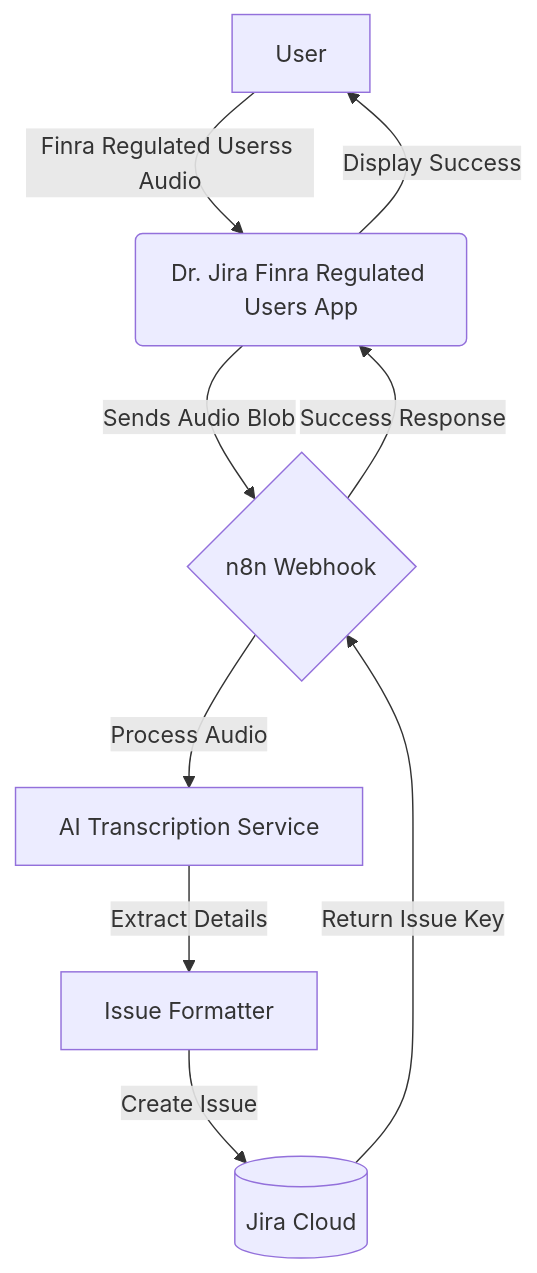
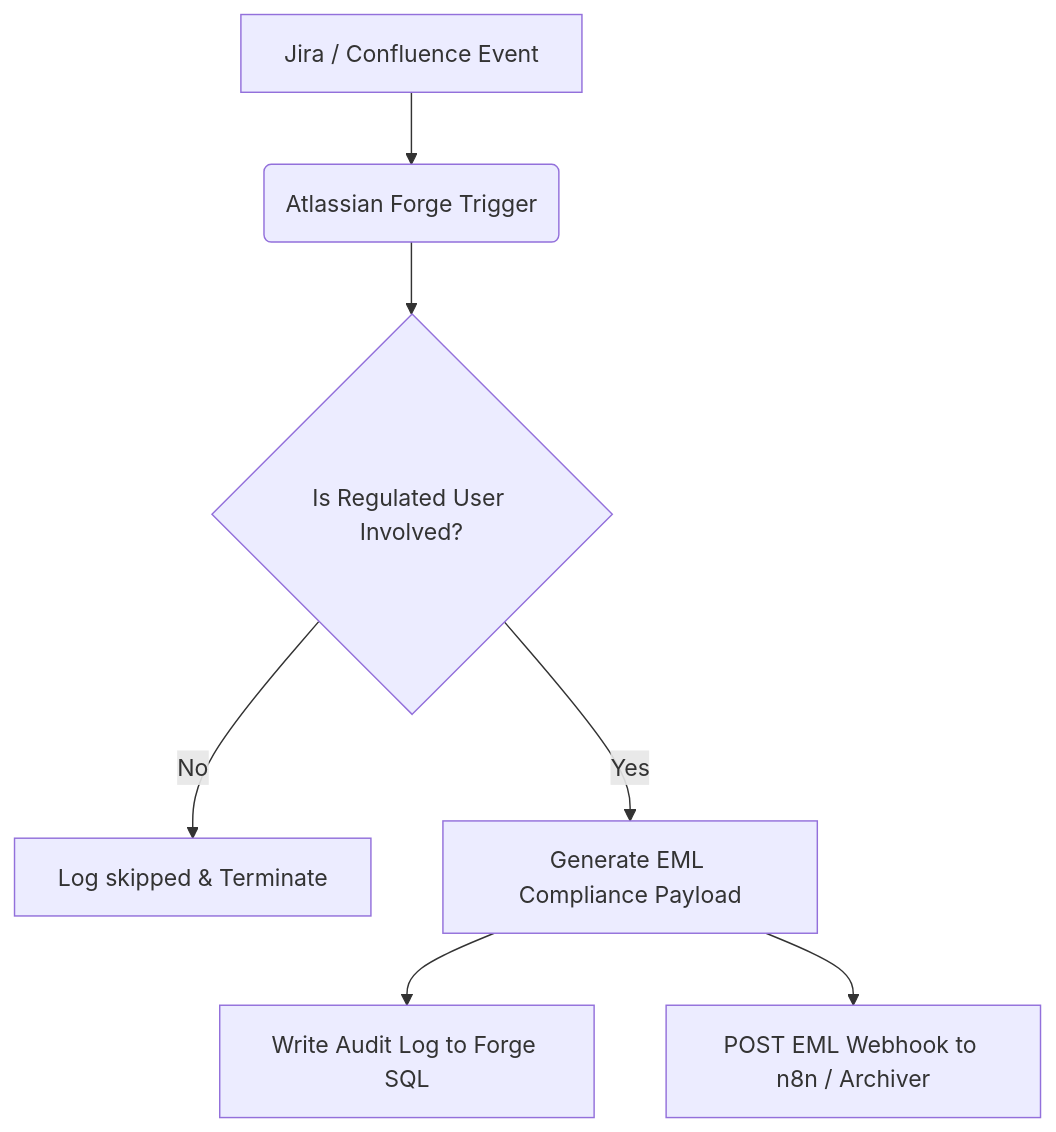
The diagram in README.md (jabrealmoe/finra-regulated-user-tracker), drawn with Mermaid before and after one commit. The commit also changed other lines of this file and 2 other files, not shown here.

Commit message:
docs: update README diagram and add skipped event logging in index.jsx

````diff
--- a/README.md
+++ b/README.md
@@ -21,11 +20,9 @@
 ```mermaid
 graph TD
-    A[User] -->|Finra Regulated Userss Audio| B(Dr. Jira Finra Regulated Users App)
-    B -->|Sends Audio Blob| C{n8n Webhook}
-    C -->|Process Audio| D[AI Transcription Service]
-    D -->|Extract Details| E[Issue Formatter]
-    E -->|Create Issue| F[(Jira Cloud)]
-    F -->|Return Issue Key| C
-    C -->|Success Response| B
-    B -->|Display Success| A
+    A[Jira / Confluence Event] --> B(Atlassian Forge Trigger)
+    B --> C{Is Regulated User Involved?}
+    C -->|No| D[Log skipped & Terminate]
+    C -->|Yes| E[Generate EML Compliance Payload]
+    E --> F[Write Audit Log to Forge SQL]
+    E --> G[POST EML Webhook to n8n / Archiver]
 ```
````
